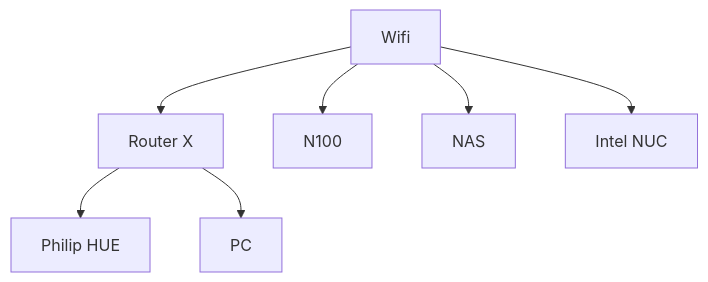
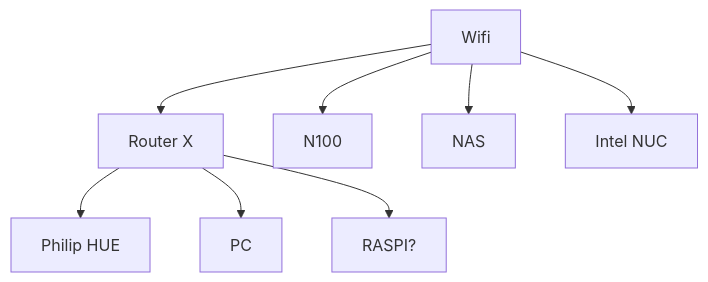
One commit to pstefka/smarthome changed the first of 2 diagrams in README.md. Above: the diagram before and after it, drawn with Mermaid. The commit also changed other lines of this file, not shown here.

````diff
--- a/README.md
+++ b/README.md
@@ -9,10 +9,11 @@
 ```mermaid
 flowchart TD
 
   W[Wifi] --> RX[Router X]
   W --> N100
   W --> NAS
   W --> NUC[Intel NUC]
   RX --> HUE[Philip HUE]
   RX --> PC
+  RX --> RASPI?
 ```
````
